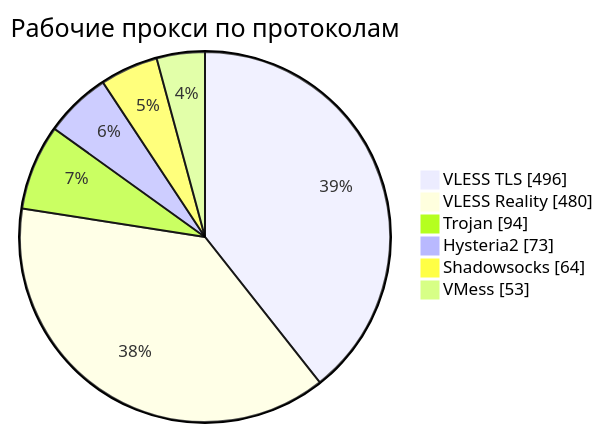
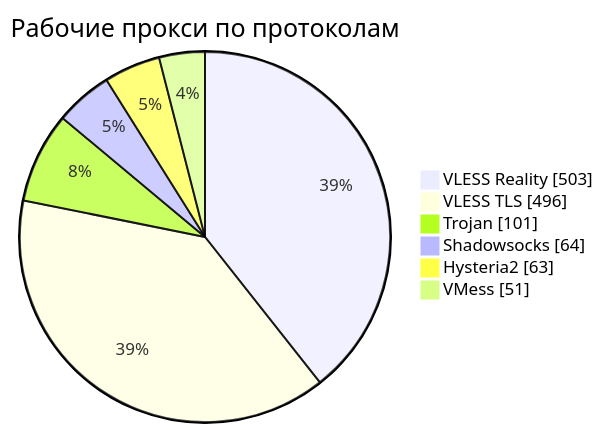
Before and after one commit to rvvg/proxy-subs: the third of 4 diagrams in README.md, drawn with Mermaid. The commit also changed other lines of this file and 54 other files, not shown here.

````diff
--- a/README.md
+++ b/README.md
@@ -136,10 +145,10 @@
 ```mermaid
 pie showData
     title Рабочие прокси по протоколам
+    "VLESS Reality" : 503
     "VLESS TLS" : 496
-    "VLESS Reality" : 480
-    "Trojan" : 94
-    "Hysteria2" : 73
+    "Trojan" : 101
     "Shadowsocks" : 64
-    "VMess" : 53
+    "Hysteria2" : 63
+    "VMess" : 51
 ```
````
